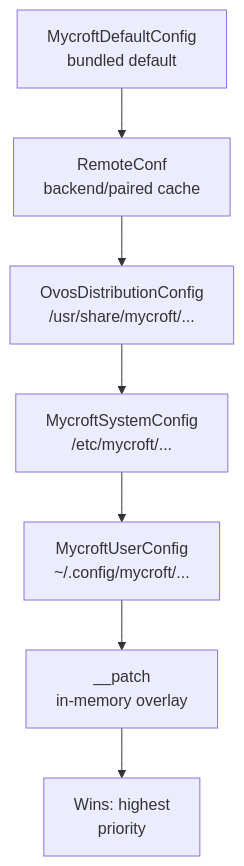
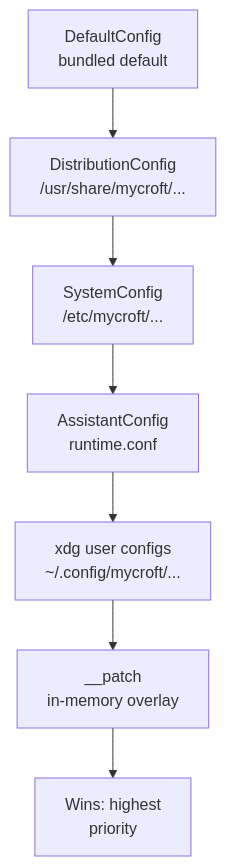
The diagram in docs/config.md (OpenVoiceOS/beta-technical-manual), drawn with Mermaid before and after one commit. The commit also changed other lines of this file and 4 other files, not shown here.

First line of the commit message:
docs: RemoteConf removal shipped as breaking, fix fabricated class name

````diff
--- a/docs/config.md
+++ b/docs/config.md
@@ -76,9 +82,9 @@
 ```mermaid
 flowchart TD
-    A["MycroftDefaultConfig<br/>bundled default"] --> B["RemoteConf<br/>backend/paired cache"]
-    B --> C["OvosDistributionConfig<br/>/usr/share/mycroft/..."]
-    C --> D["MycroftSystemConfig<br/>/etc/mycroft/..."]
-    D --> E["MycroftUserConfig<br/>~/.config/mycroft/..."]
+    A["DefaultConfig<br/>bundled default"] --> C["DistributionConfig<br/>/usr/share/mycroft/..."]
+    C --> D["SystemConfig<br/>/etc/mycroft/..."]
+    D --> R["AssistantConfig<br/>runtime.conf"]
+    R --> E["xdg user configs<br/>~/.config/mycroft/..."]
     E --> F["__patch<br/>in-memory overlay"]
     F --> W["Wins: highest<br/>priority"]
 ```
````
